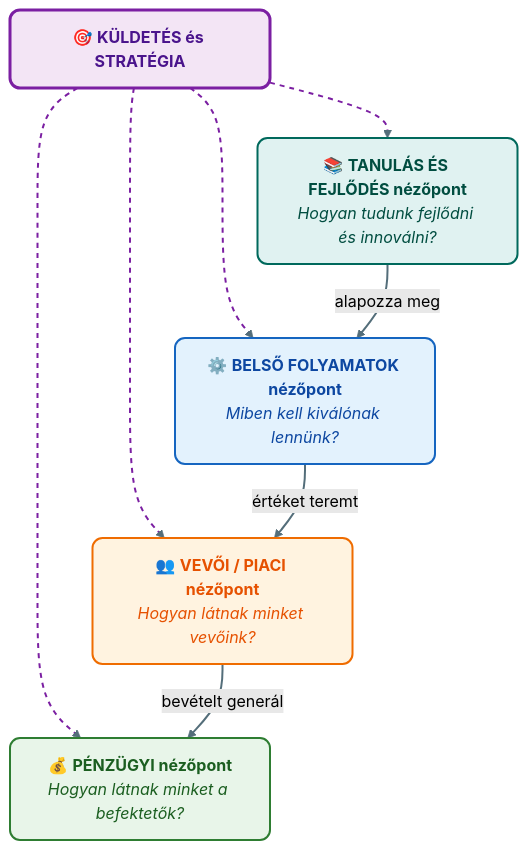
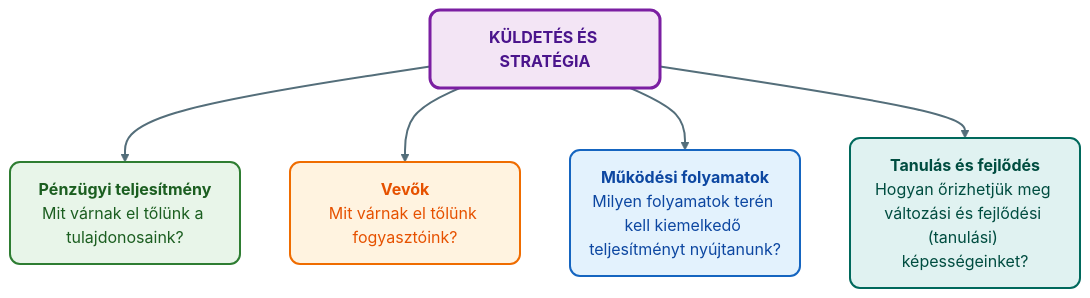
Before and after one commit to denespocsik/MM_BSC_Zarovizsga: the first of 2 diagrams in Tételek/K20-GIXVS2MBLF-Balanced Scorecard.tétel.md, drawn with Mermaid (forest theme). The commit also changed other lines of this file, not shown here.

````diff
--- a/Tételek/K20-GIXVS2MBLF-Balanced Scorecard.tétel.md
+++ b/Tételek/K20-GIXVS2MBLF-Balanced Scorecard.tétel.md
@@ -17,22 +41,17 @@
 ```mermaid
 flowchart TD
-    S["🎯 <b>KÜLDETÉS és STRATÉGIA</b>"]:::lilaH
+    S("<b>KÜLDETÉS ÉS STRATÉGIA</b>"):::lilaH
 
-    S --> P["💰 <b>PÉNZÜGYI nézőpont</b><br/><i>Hogyan látnak minket a befektetők?</i>"]:::zold
-    S --> V["👥 <b>VEVŐI / PIACI nézőpont</b><br/><i>Hogyan látnak minket vevőink?</i>"]:::narancs
-    S --> B["⚙️ <b>BELSŐ FOLYAMATOK nézőpont</b><br/><i>Miben kell kiválónak lennünk?</i>"]:::kek
-    S --> T["📚 <b>TANULÁS ÉS FEJLŐDÉS nézőpont</b><br/><i>Hogyan tudunk fejlődni és innoválni?</i>"]:::turkiz
-
-    T -->|"alapozza meg"| B
-    B -->|"értéket teremt"| V
-    V -->|"bevételt generál"| P
+    S --> P("<b>Pénzügyi teljesítmény</b><br/>Mit várnak el tőlünk a tulajdonosaink?"):::zold
+    S --> V("<b>Vevők</b><br/>Mit várnak el tőlünk fogyasztóink?"):::narancs
+    S --> B("<b>Működési folyamatok</b><br/>Milyen folyamatok terén kell kiemelkedő teljesítményt nyújtanunk?"):::kek
+    S --> T("<b>Tanulás és fejlődés</b><br/>Hogyan őrizhetjük meg változási és fejlődési (tanulási) képességeinket?"):::turkiz
 
     classDef kek     fill:#e3f2fd,stroke:#1565c0,stroke-width:2px,color:#0d47a1,rx:10,ry:10;
     classDef zold    fill:#e8f5e9,stroke:#2e7d32,stroke-width:2px,color:#1b5e20,rx:10,ry:10;
     classDef narancs fill:#fff3e0,stroke:#ef6c00,stroke-width:2px,color:#e65100,rx:10,ry:10;
+    classDef turkiz  fill:#e0f2f1,stroke:#00695c,stroke-width:2px,color:#004d40,rx:10,ry:10;
     classDef lilaH   fill:#f3e5f5,stroke:#7b1fa2,stroke-width:3px,color:#4a148c,rx:10,ry:10;
-    classDef turkiz  fill:#e0f2f1,stroke:#00695c,stroke-width:2px,color:#004d40,rx:10,ry:10;
 
     linkStyle default stroke:#546e7a,stroke-width:2px;
-    linkStyle 0,1,2,3 stroke:#7b1fa2,stroke-width:2px,stroke-dasharray: 5 5;
 ```
````
